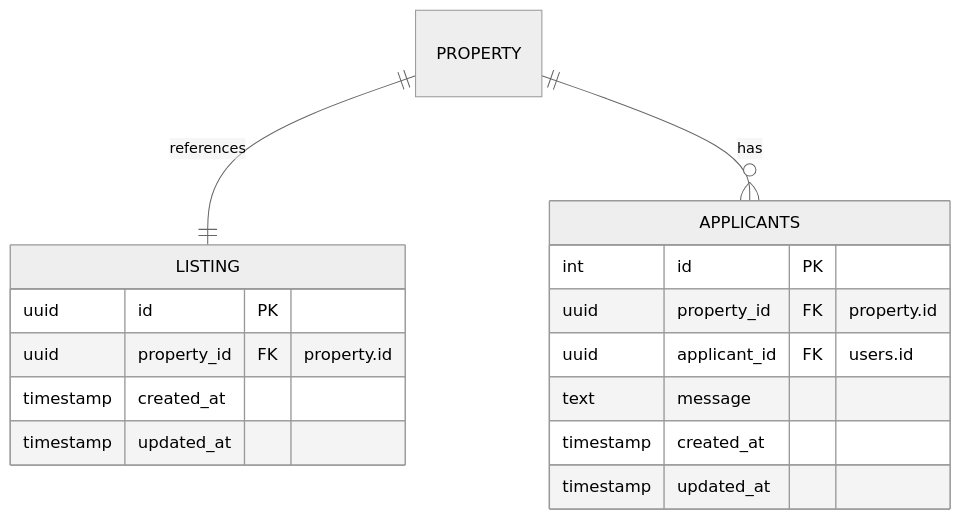
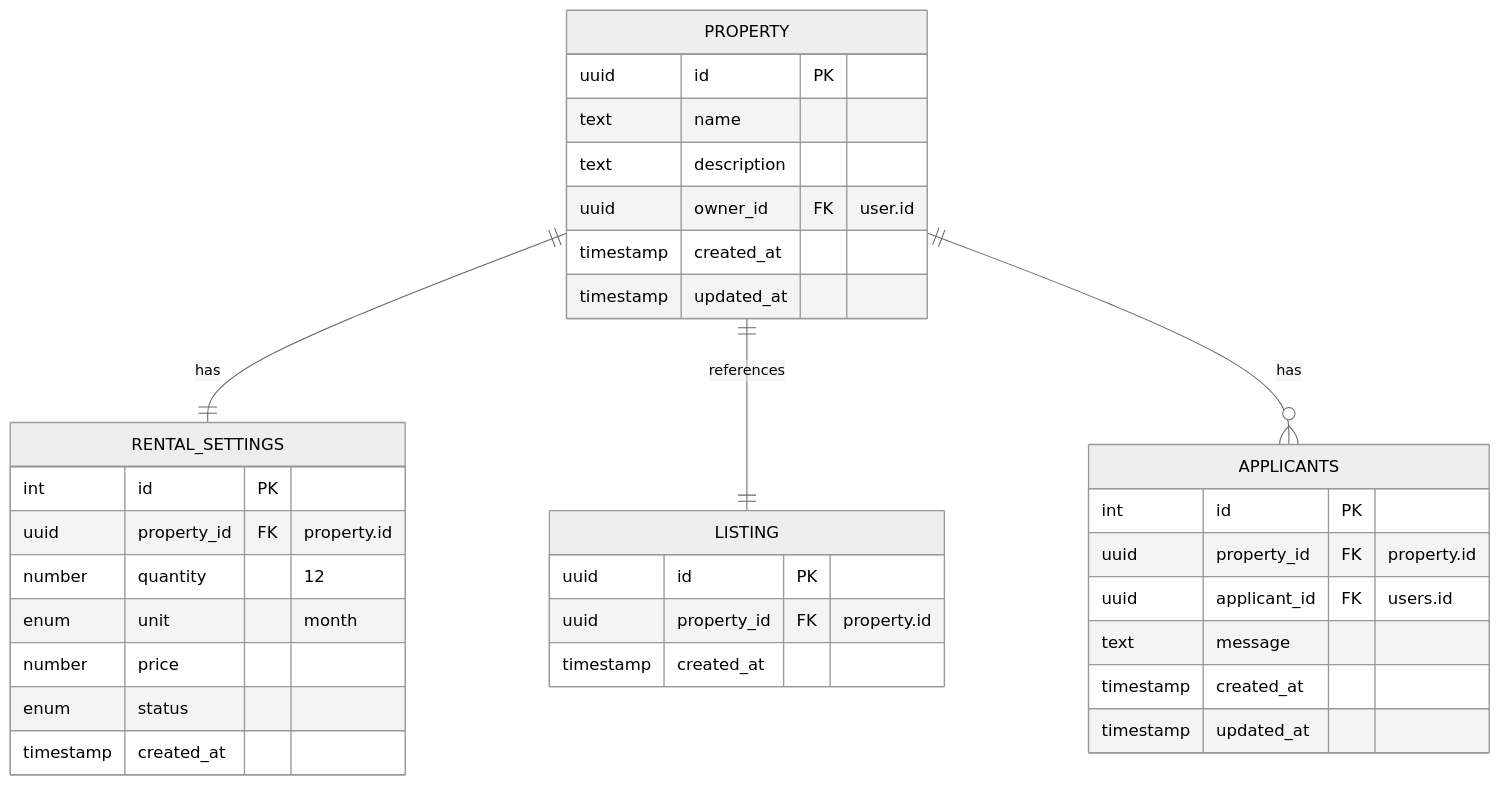
One commit to UpBrewTech/project-leasa changed the second of 3 diagrams in docs/ERD.md. Above: the diagram before and after it, drawn with Mermaid (neutral theme). The commit also changed other lines of this file, not shown here.

````diff
--- a/docs/ERD.md
+++ b/docs/ERD.md
@@ -115,22 +55,41 @@
 ```mermaid
 erDiagram
+
+PROPERTY {
+    uuid id PK
+    text name
+    text description
+    uuid owner_id FK "user.id"
+    timestamp created_at
+    timestamp updated_at
+}
+
+RENTAL_SETTINGS {
+    int id PK
+    uuid property_id FK "property.id"
+    number quantity "12"
+    enum unit "month"
+    number price
+    enum status
+    timestamp created_at
+}
 
 APPLICANTS {
     int id PK
     uuid property_id FK "property.id"
     uuid applicant_id FK "users.id"
     text message
     timestamp created_at
     timestamp updated_at
 }
 
 LISTING {
     uuid id PK
     uuid property_id FK "property.id"
     timestamp created_at
-    timestamp updated_at
 }
 
+PROPERTY ||--|| RENTAL_SETTINGS : "has"
 PROPERTY ||--|| LISTING : "references"
 PROPERTY ||--o{ APPLICANTS : "has"
 ```
````
